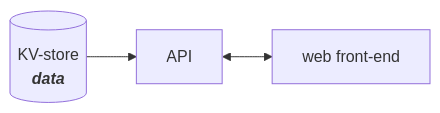
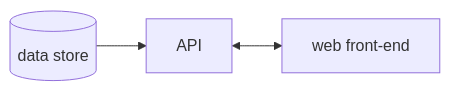
The second of 2 diagrams in owasp-top10/a01.md (meddlin/appsec-study-practice), drawn with Mermaid before and after one commit. The commit also changed other lines of this file and 1 other file, not shown here.

Commit message:
Updated A01, A02

````diff
--- a/owasp-top10/a01.md
+++ b/owasp-top10/a01.md
@@ -25,8 +25,5 @@
 ```mermaid
 flowchart LR
-    db[("`
-        KV-store
-        **_data_**
-    `")] --> A1[API]
+    db[(data store)] --> A1[API]
     A1 <--> FE-1[web front-end]
 ```
````
